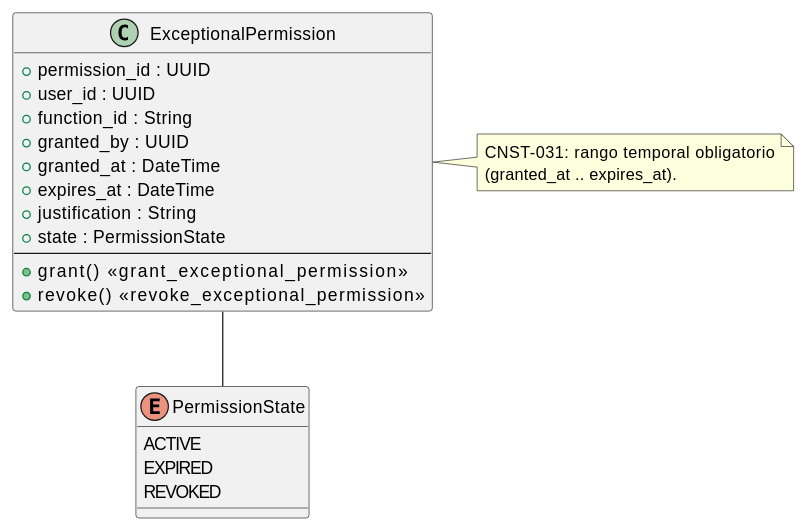
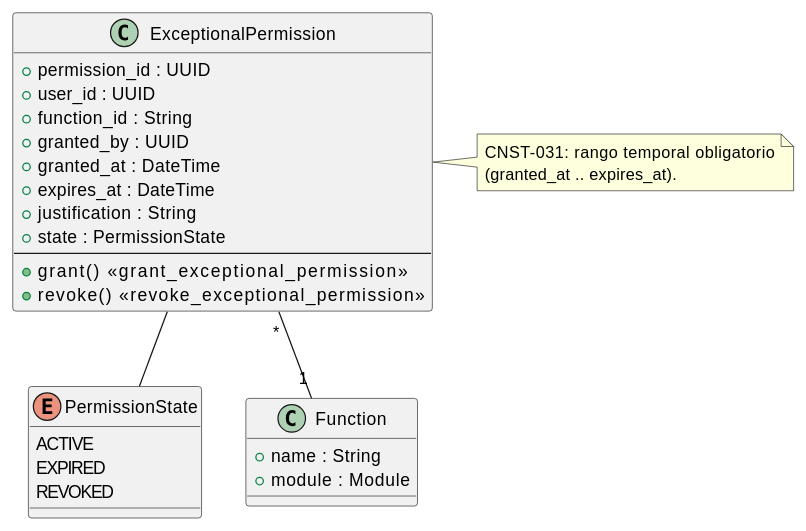
The diagram in source/arquitectura-tecnica/domain-model/exceptional-permission.rst (jcg-admin/IACT-docs), drawn with PlantUML before and after one commit. The commit also changed other lines of this file and 51 other files, not shown here.

```diff
--- a/source/arquitectura-tecnica/domain-model/exceptional-permission.rst
+++ b/source/arquitectura-tecnica/domain-model/exceptional-permission.rst
@@ -24,33 +24,39 @@
 .. uml::
  :caption: Clase ExceptionalPermission — permiso temporal con justificacion.
 
  @startuml
 
  class ExceptionalPermission {
    + permission_id : UUID
    + user_id : UUID
    + function_id : String
    + granted_by : UUID
    + granted_at : DateTime
    + expires_at : DateTime
    + justification : String
    + state : PermissionState
    --
    + grant()           <<grant_exceptional_permission>>
    + revoke()          <<revoke_exceptional_permission>>
  }
 
  enum PermissionState {
    ACTIVE
    EXPIRED
    REVOKED
  }
 
+ class Function {
+   + name : String
+   + module : Module
+ }
+
  ExceptionalPermission -- PermissionState
+ ExceptionalPermission "*" -- "1" Function
 
  note right of ExceptionalPermission
    CNST-031: rango temporal obligatorio
    (granted_at .. expires_at).
  end note
 
  @enduml
```
